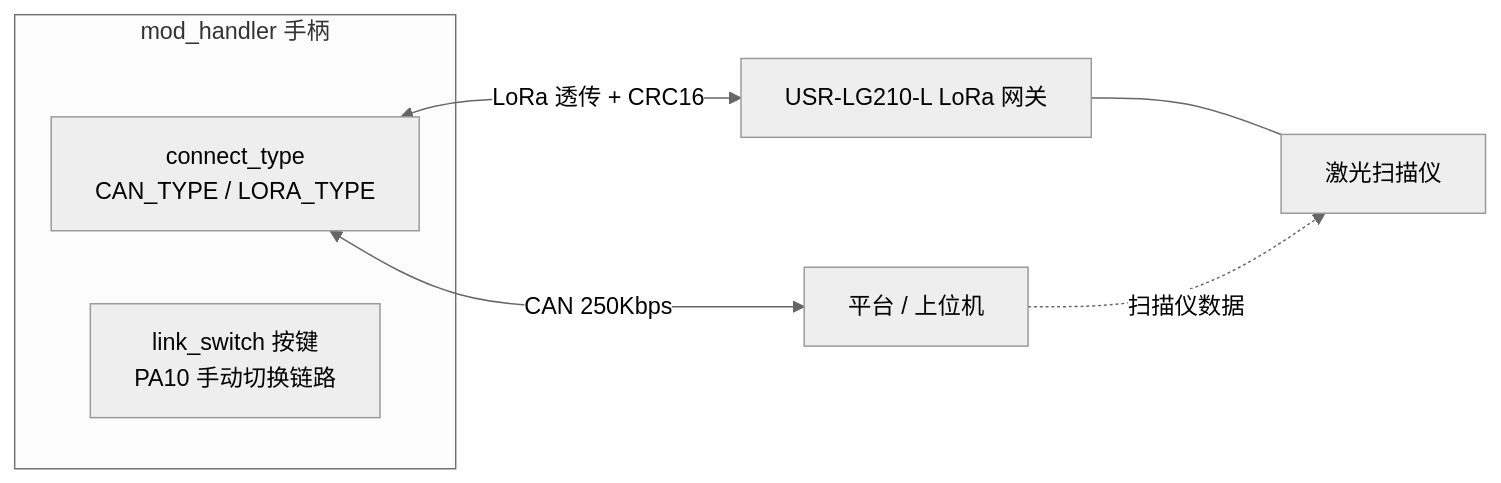
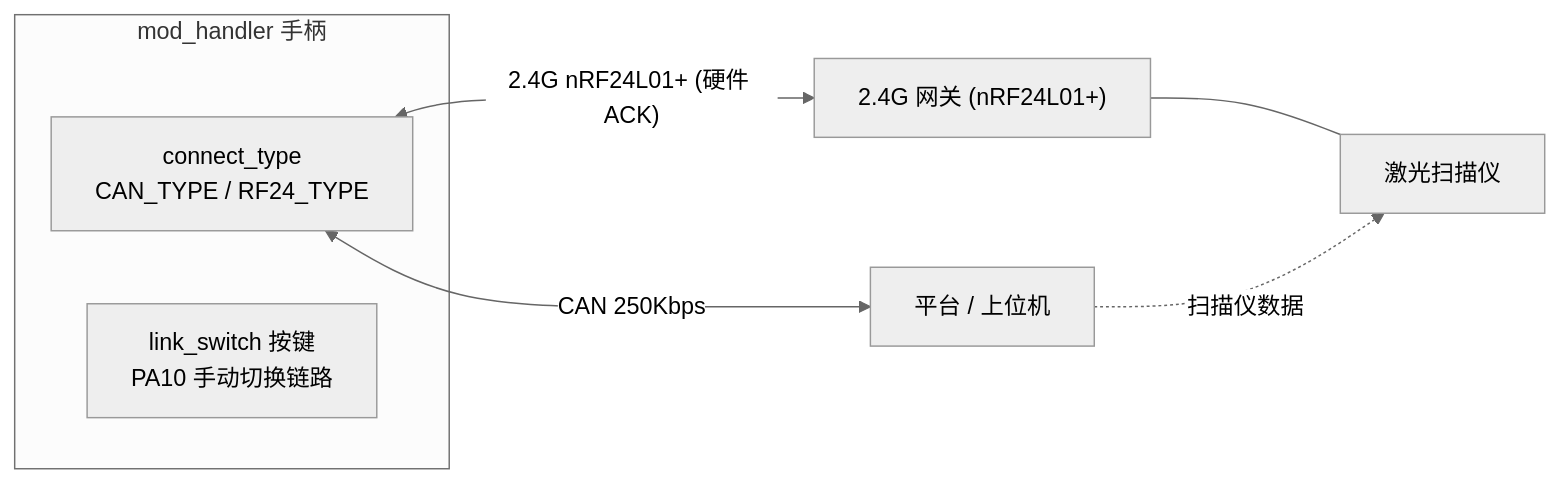
The second of 6 diagrams in docs/architecture.md (kabirz/zephyr_app), drawn with Mermaid (neutral theme) before and after one commit. The commit also changed other lines of this file and 16 other files, not shown here.

````diff
--- a/docs/architecture.md
+++ b/docs/architecture.md
@@ -43,16 +41,16 @@
 ```mermaid
 flowchart LR
     subgraph H["mod_handler 手柄"]
-        CTRL["connect_type<br/>CAN_TYPE / LORA_TYPE"]
+        CTRL["connect_type<br/>CAN_TYPE / RF24_TYPE"]
         SW["link_switch 按键<br/>PA10 手动切换链路"]
     end
 
     PLATFORM["平台 / 上位机"]
-    GW["USR-LG210-L LoRa 网关"]
+    GW["2.4G 网关 (nRF24L01+)"]
     SCANNER["激光扫描仪"]
 
     CTRL <-->|"CAN 250Kbps"| PLATFORM
-    CTRL <-->|"LoRa 透传 + CRC16"| GW
+    CTRL <-->|"2.4G nRF24L01+ (硬件 ACK)"| GW
     GW --- SCANNER
     PLATFORM -.->|"扫描仪数据"| SCANNER
 ```
````
